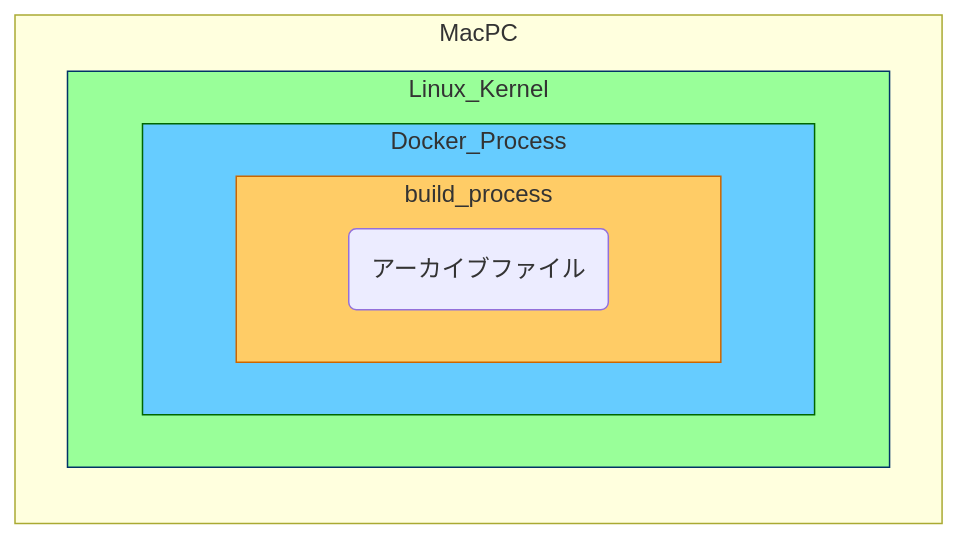
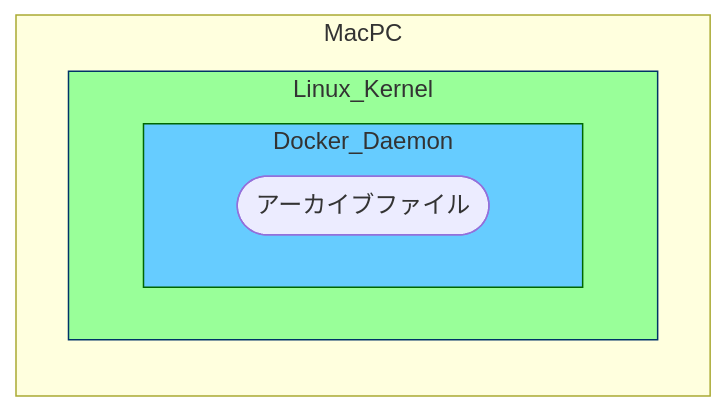
The third of 5 diagrams in articles/docker-build.md (higaki-takanori/zenn-books), drawn with Mermaid before and after one commit. The commit also changed other lines of this file, not shown here.

Commit message:
:sparkles: docker-buildの記事 docker daemon と docker client の概念を記事に追加

````diff
--- a/articles/docker-build.md
+++ b/articles/docker-build.md
@@ -113,16 +122,14 @@
 ```mermaid
 flowchart LR
-  archive(アーカイブファイル)
+  archive([アーカイブファイル])
     subgraph MacPC
         subgraph Linux_Kernel
-            subgraph Docker_Process
-                subgraph build_process[build_process]
-                  archive
-                end
+            subgraph Docker_Daemon
+              archive
             end
         end
     end
     style Linux_Kernel fill:#99ff99,stroke:#003366
-    style Docker_Process fill:#66ccff,stroke:#006600
-    style build_process fill:#ffcc66,stroke:#cc6600
+    style Docker_Daemon fill:#66ccff,stroke:#006600
+%%    style Docker_Build_Process fill:#ffcc66,stroke:#cc6600
 ```
````
